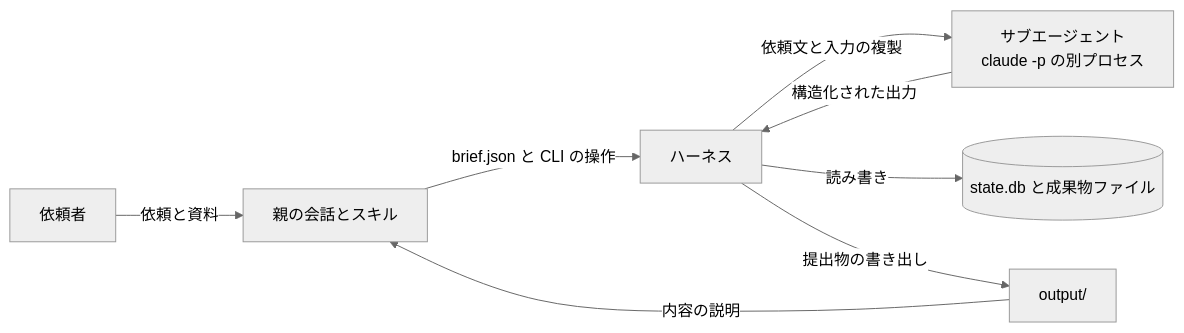
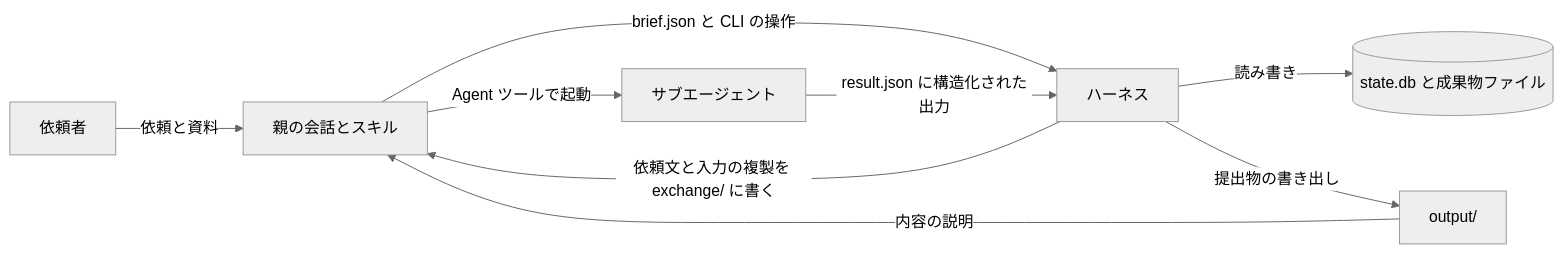
One commit to yu-ki-m/super-intelligence changed the diagram in SKILL/.claude/skills/product-branding-team/architecture.md. Above: the diagram before and after it, drawn with Mermaid (neutral theme). The commit also changed other lines of this file and 2 other files, not shown here.

First line of the commit message:
Make Agent tool the default runtime for product-branding-team docs

````diff
--- a/SKILL/.claude/skills/product-branding-team/architecture.md
+++ b/SKILL/.claude/skills/product-branding-team/architecture.md
@@ -28,10 +29,11 @@
 ```mermaid
 flowchart LR
   U[依頼者] -->|依頼と資料| S[親の会話とスキル]
   S -->|brief.json と CLI の操作| H[ハーネス]
-  H -->|依頼文と入力の複製| A[サブエージェント<br/>claude -p の別プロセス]
-  A -->|構造化された出力| H
+  H -->|依頼文と入力の複製を exchange/ に書く| S
+  S -->|Agent ツールで起動| A[サブエージェント]
+  A -->|result.json に構造化された出力| H
   H -->|読み書き| D[(state.db と成果物ファイル)]
   H -->|提出物の書き出し| O[output/]
   O -->|内容の説明| S
 ```
````
